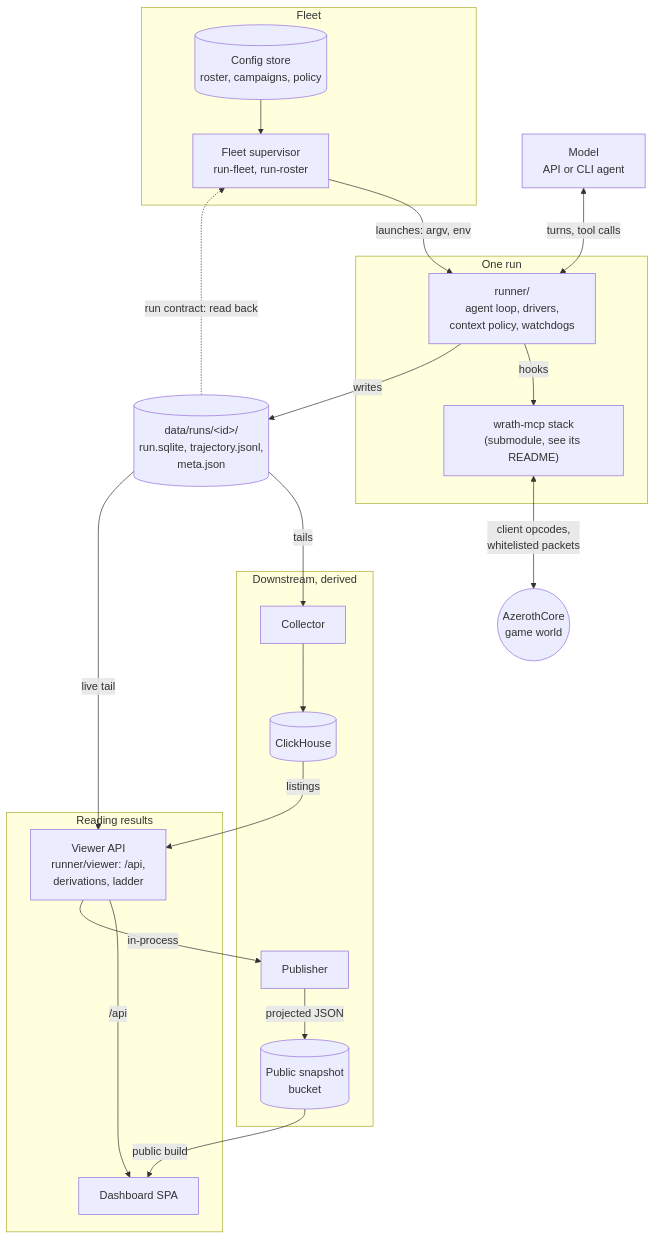
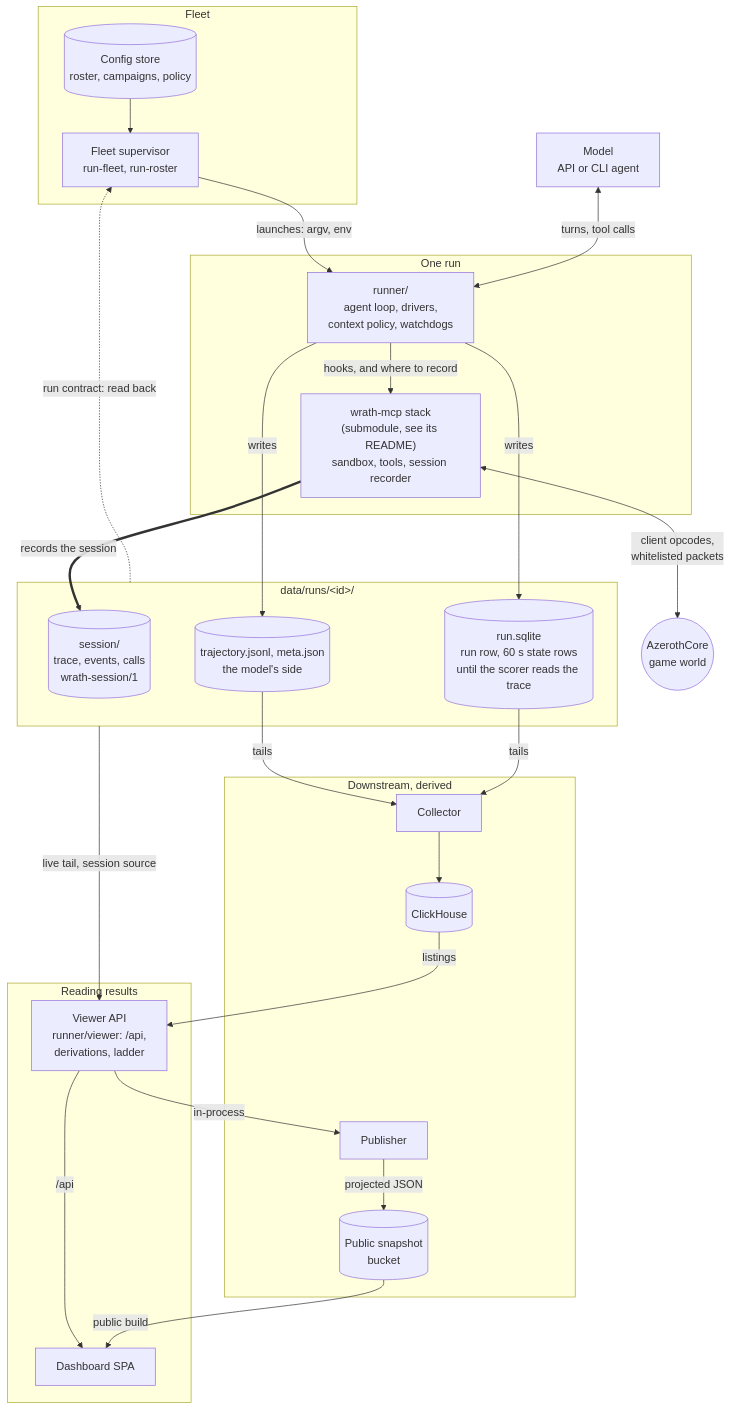
Before and after one commit to Shard/WrathBench: the diagram in README.md, drawn with Mermaid. The commit also changed other lines of this file and 5 other files, not shown here.

First line of the commit message:
docs: the session record in the README diagram, the architecture, the READMEs and CLAUDE.md

````diff
--- a/README.md
+++ b/README.md
@@ -16,45 +16,53 @@
 ```mermaid
 flowchart TB
     subgraph fleet["Fleet"]
         store[("Config store<br/>roster, campaigns, policy")]
         supervisor["Fleet supervisor<br/>run-fleet, run-roster"]
     end
 
     model["Model<br/>API or CLI agent"]
 
     subgraph run["One run"]
         runner["runner/<br/>agent loop, drivers,<br/>context policy, watchdogs"]
-        stack["wrath-mcp stack<br/>(submodule, see its README)"]
+        stack["wrath-mcp stack<br/>(submodule, see its README)<br/>sandbox, tools, session recorder"]
     end
 
     world(("AzerothCore<br/>game world"))
-    records[("data/runs/#lt;id#gt;/<br/>run.sqlite, trajectory.jsonl,<br/>meta.json")]
+
+    subgraph records["data/runs/#lt;id#gt;/"]
+        session[("session/<br/>trace, events, calls<br/>wrath-session/1")]
+        trajectory[("trajectory.jsonl, meta.json<br/>the model's side")]
+        rundb[("run.sqlite<br/>run row, 60 s state rows<br/>until the scorer reads the trace")]
+    end
 
     subgraph view["Reading results"]
         viewer["Viewer API<br/>runner/viewer: /api,<br/>derivations, ladder"]
         dashboard["Dashboard SPA"]
     end
 
     subgraph downstream["Downstream, derived"]
         collector["Collector"]
         clickhouse[("ClickHouse")]
         publisher["Publisher"]
         bucket[("Public snapshot<br/>bucket")]
     end
 
     store --> supervisor
     supervisor -->|"launches: argv, env"| runner
     model <-->|"turns, tool calls"| runner
-    runner -->|"hooks"| stack
+    runner -->|"hooks, and where to record"| stack
     stack <-->|"client opcodes,<br/>whitelisted packets"| world
-    runner -->|"writes"| records
+    stack ==>|"records the session"| session
+    runner -->|"writes"| trajectory
+    runner -->|"writes"| rundb
     records -.->|"run contract: read back"| supervisor
-    records -->|"tails"| collector
+    trajectory -->|"tails"| collector
+    rundb -->|"tails"| collector
     collector --> clickhouse
     clickhouse -->|"listings"| viewer
-    records -->|"live tail"| viewer
+    records -->|"live tail, session source"| viewer
     viewer -->|"/api"| dashboard
     viewer -->|"in-process"| publisher
     publisher -->|"projected JSON"| bucket
     bucket -->|"public build"| dashboard
 ```
````
